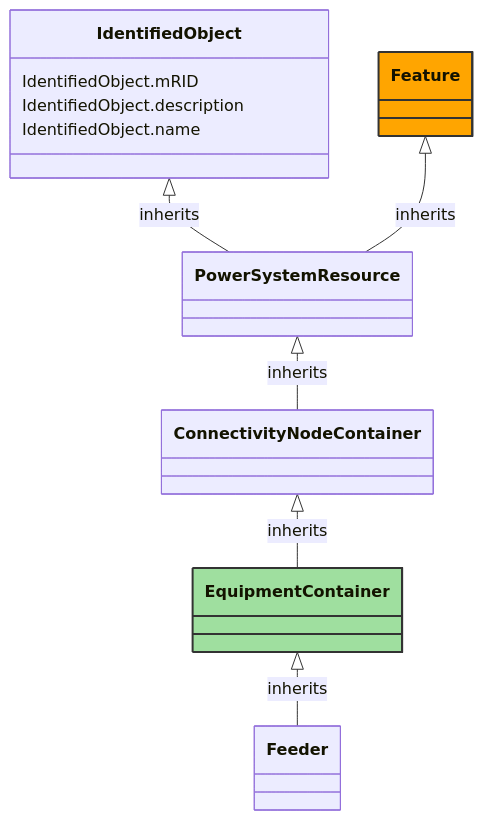
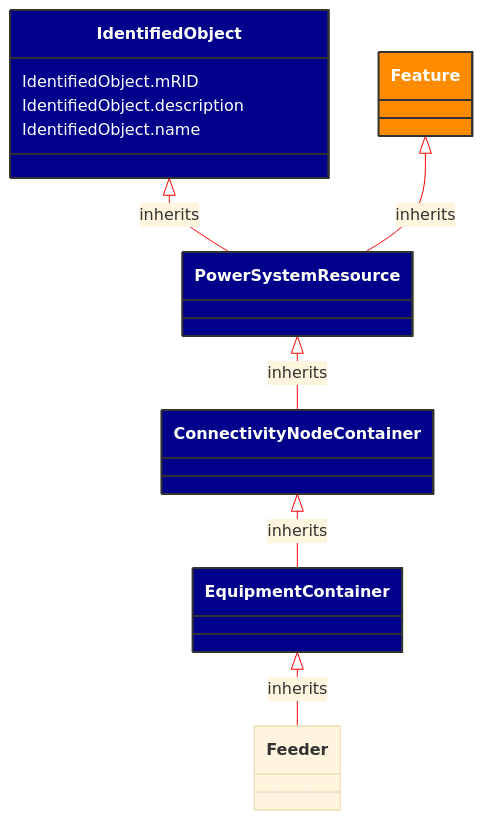
Before and after one commit to 3lbits/NoCIMExtensions: the diagram in docs/Models/Profiles/WattApp/AbstractClasses/EquipmentContainer.md, drawn with Mermaid. The commit also changed 16 other files, not shown here.

Commit message:
Fixed mermaid colors and footer issue

````diff
--- a/docs/Models/Profiles/WattApp/AbstractClasses/EquipmentContainer.md
+++ b/docs/Models/Profiles/WattApp/AbstractClasses/EquipmentContainer.md
@@ -10,36 +10,37 @@
 ```mermaid
+%%{init: {'theme':'base','themeVariables': {'lineColor': '#FF0000'}}}%%
 classDiagram
     class EquipmentContainer
     click EquipmentContainer href "/Models/Profiles/WattApp/AbstractClasses/EquipmentContainer/"
-    style EquipmentContainer fill:#9fdf9f,stroke:#333,stroke-width:2px,rx:10,ry:10
+    style EquipmentContainer fill:#006400,stroke:#333,stroke-width:2px,rx:10,ry:10,color:white
 
         EquipmentContainer <|-- Feeder : inherits
             click EquipmentContainer href "/Models/Profiles/WattApp/AbstractClasses/EquipmentContainer/"
-            style EquipmentContainer rx:10,ry:10
+            style EquipmentContainer fill:#00008B,stroke:#333,stroke-width:2px,rx:10,ry:10,color:white
 
         Feeder
             click Feeder href "/Models/Profiles/WattApp/ConcreteClasses/Feeder/"
-            style Feeder rx:10,ry:10
+            style EquipmentContainer fill:#00008B,stroke:#333,stroke-width:2px,rx:10,ry:10,color:white
 
         ConnectivityNodeContainer <|-- EquipmentContainer : inherits
             click ConnectivityNodeContainer href "/Models/Profiles/WattApp/AbstractClasses/ConnectivityNodeContainer/"
-            style ConnectivityNodeContainer rx:10,ry:10
+            style ConnectivityNodeContainer fill:#00008B,stroke:#333,stroke-width:2px,rx:10,ry:10,color:white
 
         PowerSystemResource <|-- ConnectivityNodeContainer : inherits
             click PowerSystemResource href "/Models/Profiles/WattApp/AbstractClasses/PowerSystemResource/"
-            style PowerSystemResource rx:10,ry:10
+            style PowerSystemResource fill:#00008B,stroke:#333,stroke-width:2px,rx:10,ry:10,color:white
 
         IdentifiedObject <|-- PowerSystemResource : inherits
             click IdentifiedObject href "/Models/Profiles/WattApp/AbstractClasses/IdentifiedObject/"
-            style IdentifiedObject rx:10,ry:10
+            style IdentifiedObject fill:#00008B,stroke:#333,stroke-width:2px,rx:10,ry:10,color:white
 
         Feature <|-- PowerSystemResource : inherits
             click Feature href "/Models/Profiles/WattApp/ConcreteClasses/Feature/"
-            style Feature fill:#FFA500,stroke:#333,stroke-width:2px,rx:10,ry:10
+            style Feature fill:#FF8C00,stroke:#333,stroke-width:2px,rx:10,ry:10,color:white
 
 
 
         IdentifiedObject : IdentifiedObject.mRID
         IdentifiedObject : IdentifiedObject.description
         IdentifiedObject : IdentifiedObject.name
 ```
````
